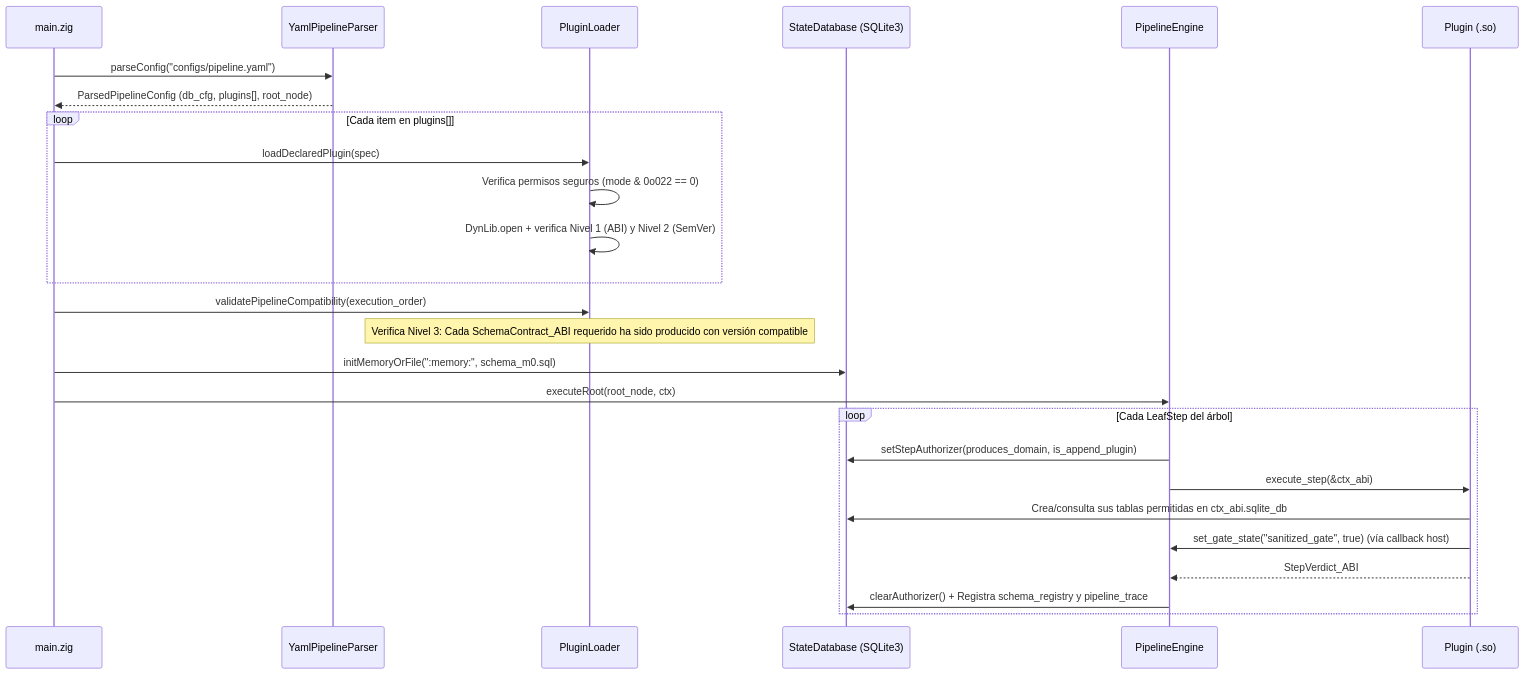
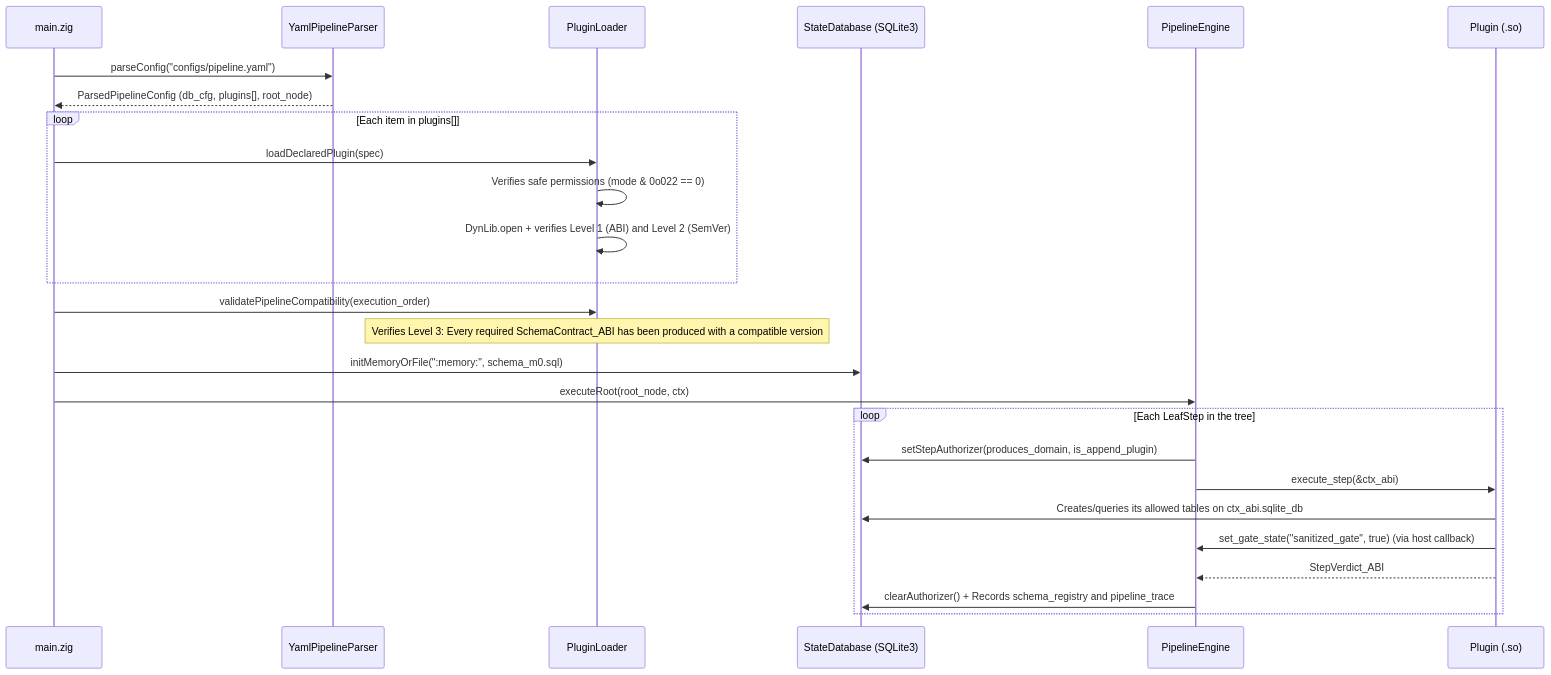
Before and after one commit to g-gar/vidsec: the second of 2 diagrams in docs/v1/specs/M0_pipeline_engine.md, drawn with Mermaid. The commit also changed other lines of this file and 8 other files, not shown here.

Commit message:
docs(v1): translate v1 architecture and milestone specs to English and remove local paths

````diff
--- a/docs/v1/specs/M0_pipeline_engine.md
+++ b/docs/v1/specs/M0_pipeline_engine.md
@@ -328,33 +328,33 @@
 ```mermaid
 sequenceDiagram
     participant CLI as main.zig
     participant Yaml as YamlPipelineParser
     participant Loader as PluginLoader
     participant DB as StateDatabase (SQLite3)
     participant Engine as PipelineEngine
     participant Plugin as Plugin (.so)
 
     CLI->>Yaml: parseConfig("configs/pipeline.yaml")
     Yaml-->>CLI: ParsedPipelineConfig (db_cfg, plugins[], root_node)
 
-    loop Cada item en plugins[]
+    loop Each item in plugins[]
         CLI->>Loader: loadDeclaredPlugin(spec)
-        Loader->>Loader: Verifica permisos seguros (mode & 0o022 == 0)
-        Loader->>Loader: DynLib.open + verifica Nivel 1 (ABI) y Nivel 2 (SemVer)
+        Loader->>Loader: Verifies safe permissions (mode & 0o022 == 0)
+        Loader->>Loader: DynLib.open + verifies Level 1 (ABI) and Level 2 (SemVer)
     end
 
     CLI->>Loader: validatePipelineCompatibility(execution_order)
-    Note over Loader: Verifica Nivel 3: Cada SchemaContract_ABI requerido ha sido producido con versión compatible
+    Note over Loader: Verifies Level 3: Every required SchemaContract_ABI has been produced with a compatible version
 
     CLI->>DB: initMemoryOrFile(":memory:", schema_m0.sql)
     CLI->>Engine: executeRoot(root_node, ctx)
 
-    loop Cada LeafStep del árbol
+    loop Each LeafStep in the tree
         Engine->>DB: setStepAuthorizer(produces_domain, is_append_plugin)
         Engine->>Plugin: execute_step(&ctx_abi)
-        Plugin->>DB: Crea/consulta sus tablas permitidas en ctx_abi.sqlite_db
-        Plugin->>Engine: set_gate_state("sanitized_gate", true) (vía callback host)
+        Plugin->>DB: Creates/queries its allowed tables on ctx_abi.sqlite_db
+        Plugin->>Engine: set_gate_state("sanitized_gate", true) (via host callback)
         Plugin-->>Engine: StepVerdict_ABI
-        Engine->>DB: clearAuthorizer() + Registra schema_registry y pipeline_trace
+        Engine->>DB: clearAuthorizer() + Records schema_registry and pipeline_trace
     end
 ```
````
